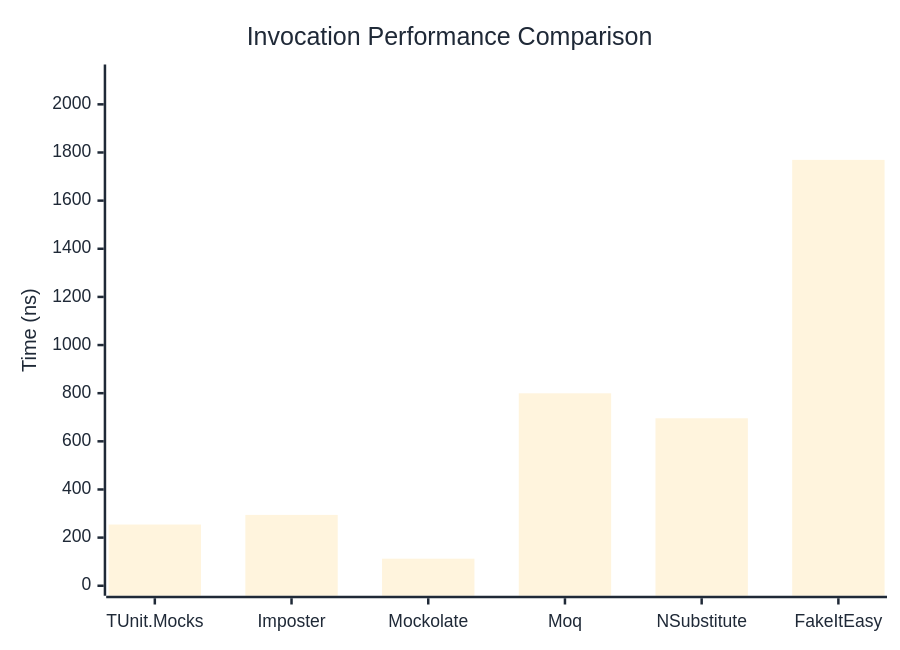
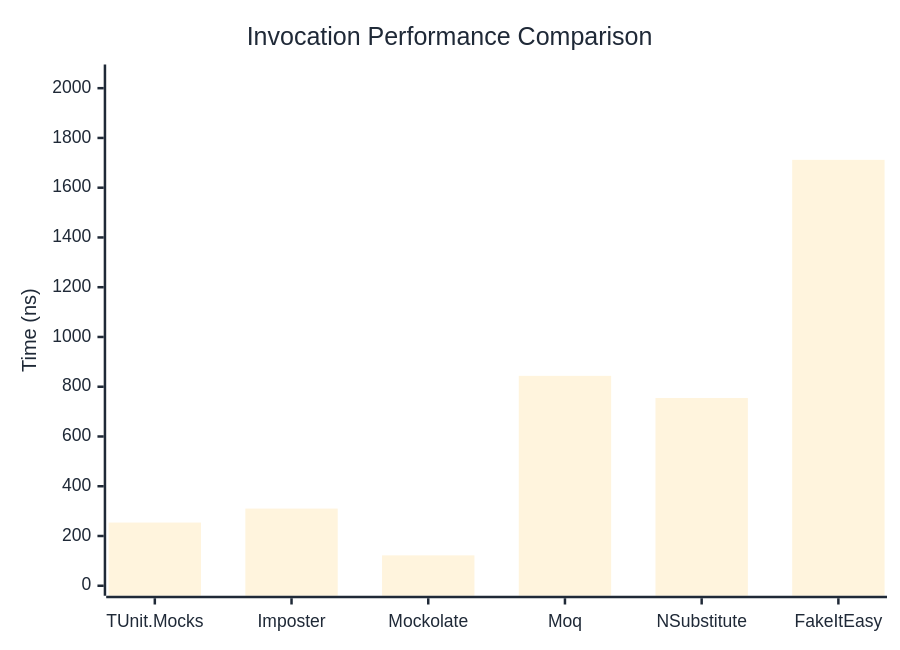
The first of 3 diagrams in docs/docs/benchmarks/mocks/Invocation.md (weiyilai/TUnit), drawn with Mermaid before and after one commit. The commit also changed other lines of this file and 14 other files, not shown here.

````diff
--- a/docs/docs/benchmarks/mocks/Invocation.md
+++ b/docs/docs/benchmarks/mocks/Invocation.md
@@ -28,27 +28,27 @@
 ```mermaid
 %%{init: {
   'theme':'base',
   'themeVariables': {
     'primaryColor': '#2563eb',
     'primaryTextColor': '#1f2937',
     'primaryBorderColor': '#1e40af',
     'lineColor': '#6b7280',
     'secondaryColor': '#7c3aed',
     'tertiaryColor': '#dc2626',
     'background': '#ffffff',
     'pie1': '#2563eb',
     'pie2': '#7c3aed',
     'pie3': '#dc2626',
     'pie4': '#f59e0b',
     'pie5': '#10b981',
     'pie6': '#06b6d4',
     'pie7': '#ec4899',
     'pie8': '#6366f1'
   }
 }}%%
 xychart-beta
   title "Invocation Performance Comparison"
   x-axis ["TUnit.Mocks", "Imposter", "Mockolate", "Moq", "NSubstitute", "FakeItEasy"]
-  y-axis "Time (ns)" 0 --> 2124
-  bar [254.39, 294.29, 112.49, 799.5, 695.8, 1769.29]
+  y-axis "Time (ns)" 0 --> 2055
+  bar [254, 310.19, 122.12, 843.7, 754.69, 1711.93]
 ```
````
